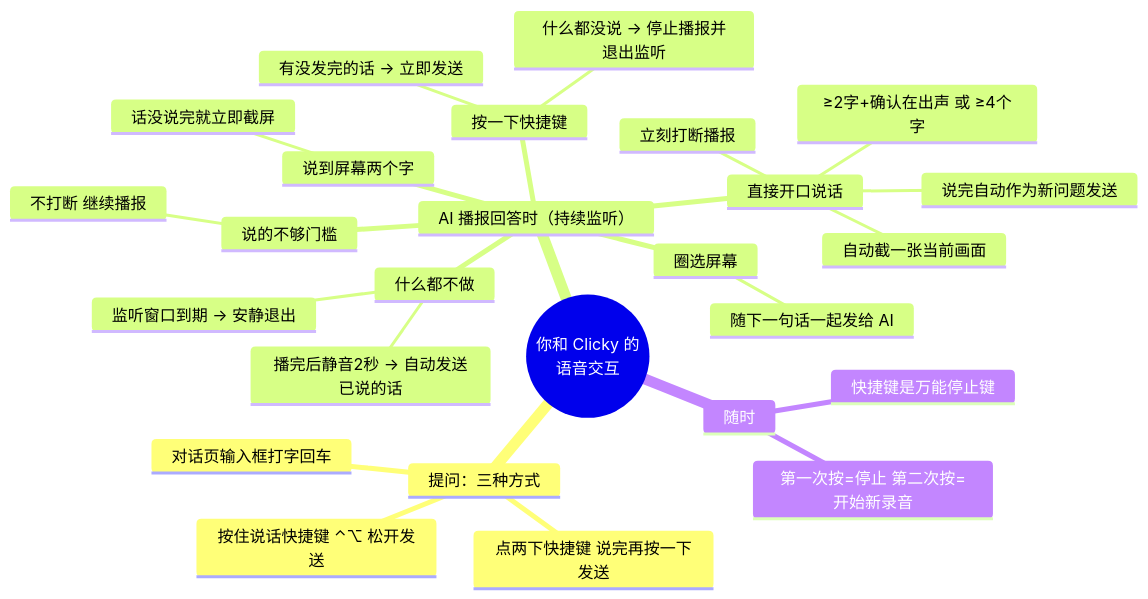
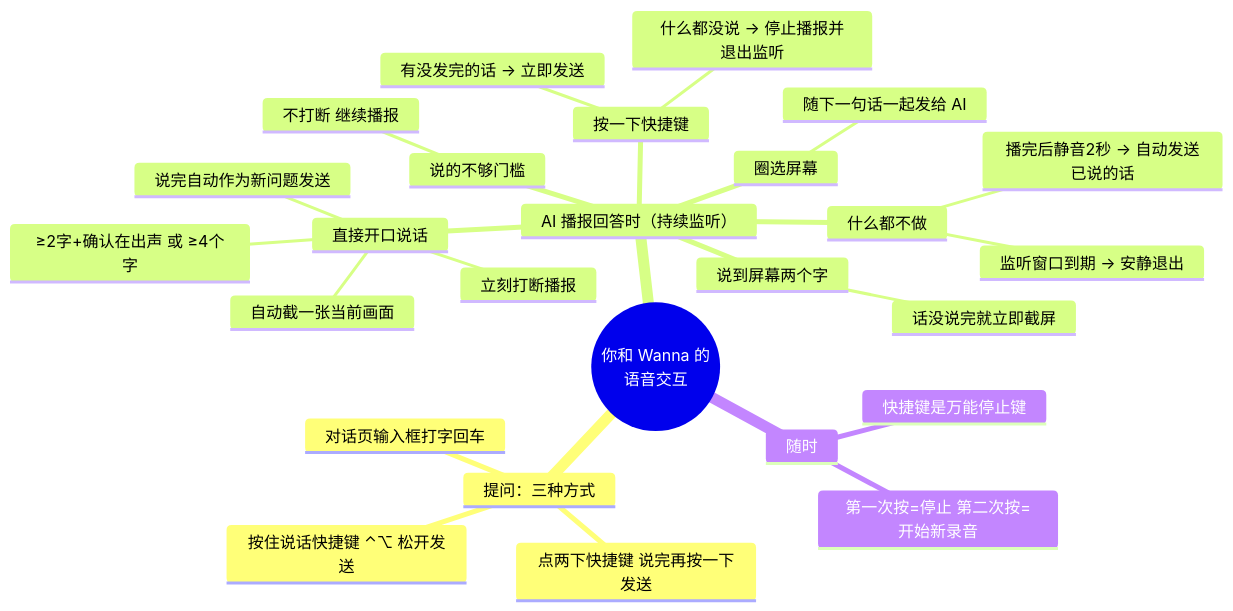
One commit to nash-aigc/clicky changed the diagram in 解决方案/01-语音打断与持续监听.md. Above: the diagram before and after it, drawn with Mermaid. The commit also changed other lines of this file and 99 other files, not shown here.

````diff
--- a/解决方案/01-语音打断与持续监听.md
+++ b/解决方案/01-语音打断与持续监听.md
@@ -106,29 +106,29 @@
 ```mermaid
 mindmap
-  root((你和 Clicky 的<br/>语音交互))
+  root((你和 Wanna 的<br/>语音交互))
     提问：三种方式
       按住说话快捷键 ⌃⌥ 松开发送
       点两下快捷键 说完再按一下发送
       对话页输入框打字回车
     AI 播报回答时（持续监听）
       直接开口说话
         ≥2字+确认在出声 或 ≥4个字
         立刻打断播报
         自动截一张当前画面
         说完自动作为新问题发送
       说的不够门槛
         不打断 继续播报
       按一下快捷键
         有没发完的话 → 立即发送
         什么都没说 → 停止播报并退出监听
       什么都不做
         播完后静音2秒 → 自动发送已说的话
         监听窗口到期 → 安静退出
       说到屏幕两个字
         话没说完就立即截屏
       圈选屏幕
         随下一句话一起发给 AI
     随时
       快捷键是万能停止键
       第一次按=停止 第二次按=开始新录音
 ```
````
